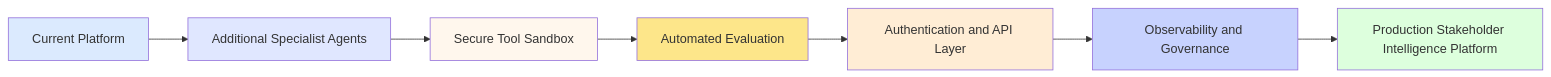
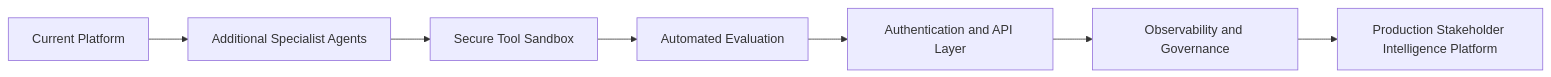
Before and after one commit to swapniltake1/Agentic-AI-Based-Multi-Source-Data-Retrieval-and-Stakeholder-Intelligence-Platform: the sixth of 6 diagrams in README.md, drawn with Mermaid. The commit also changed other lines of this file, not shown here.

````diff
--- a/README.md
+++ b/README.md
@@ -439,17 +380,9 @@
 ```mermaid
 flowchart LR
     A["Current Platform"] --> B["Additional Specialist Agents"]
     B --> C["Secure Tool Sandbox"]
     C --> D["Automated Evaluation"]
     D --> E["Authentication and API Layer"]
     E --> F["Observability and Governance"]
     F --> G["Production Stakeholder Intelligence Platform"]
-
-    style A fill:#dbeafe
-    style B fill:#e0e7ff
-    style C fill:#fff7ed
-    style D fill:#fde68a
-    style E fill:#ffedd5
-    style F fill:#c7d2fe
-    style G fill:#dfd
 ```
````
